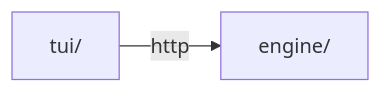
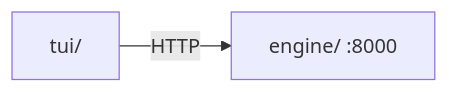
One commit to yamcodes/akin changed the third of 4 diagrams in README.md. Above: the diagram before and after it, drawn with Mermaid. The commit also changed other lines of this file and 41 other files, not shown here.

````diff
--- a/README.md
+++ b/README.md
@@ -35,4 +72,4 @@
 ```mermaid
 graph LR
-    tui["tui/"] --http--> engine["engine/"]
+    tui["tui/"] --HTTP--> engine["engine/ :8000"]
 ```
````
